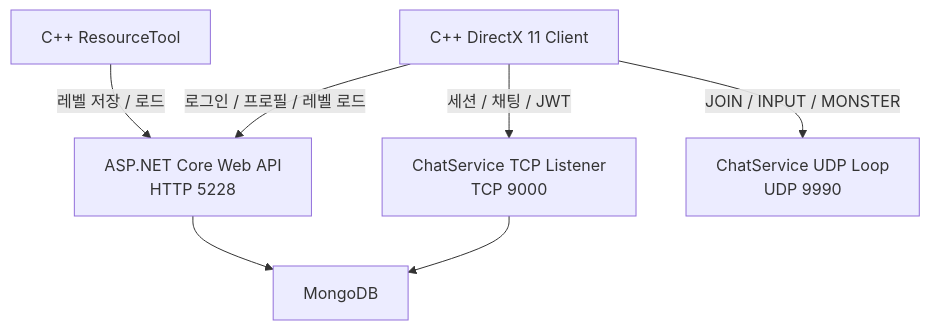
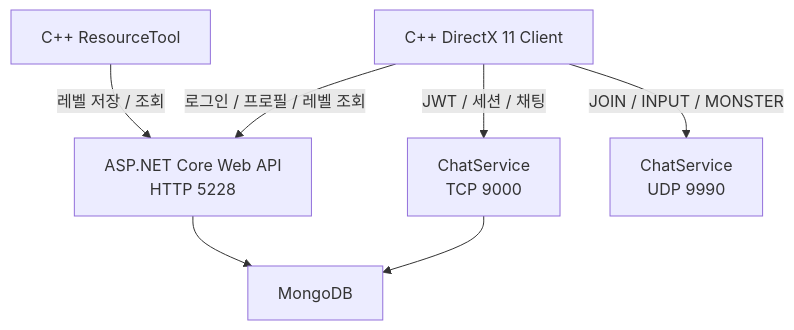
The diagram in _portfolio/elden-ring-recreate.md (Jaehyeok-Soh/Jaehyeok-Soh.github.io), drawn with Mermaid before and after one commit. The commit also changed other lines of this file and 9 other files, not shown here.

````diff
--- a/_portfolio/elden-ring-recreate.md
+++ b/_portfolio/elden-ring-recreate.md
@@ -81,16 +102,17 @@
 ```mermaid
 flowchart TD
 	Client["C++ DirectX 11 Client"]
 	Tool["C++ ResourceTool"]
+	
 	API["ASP.NET Core Web API<br/>HTTP 5228"]
-	TCP["ChatService TCP Listener<br/>TCP 9000"]
-	UDP["ChatService UDP Loop<br/>UDP 9990"]
+	TCP["ChatService<br/>TCP 9000"]
+	UDP["ChatService<br/>UDP 9990"]
 	DB["MongoDB"]
+	Client -->|"로그인 / 프로필 / 레벨 조회"| API
+	Tool -->|"레벨 저장 / 조회"| API
+	Client -->|"JWT / 세션 / 채팅"| TCP
+	Client -->|"JOIN / INPUT / MONSTER"| UDP
 	
-	Client -->|"로그인 / 프로필 / 레벨 로드"| API
-	Tool -->|"레벨 저장 / 로드"| API
-	Client -->|"세션 / 채팅 / JWT"| TCP
-	Client -->|"JOIN / INPUT / MONSTER"| UDP
 	API --> DB
 	TCP --> DB
 ```
````
